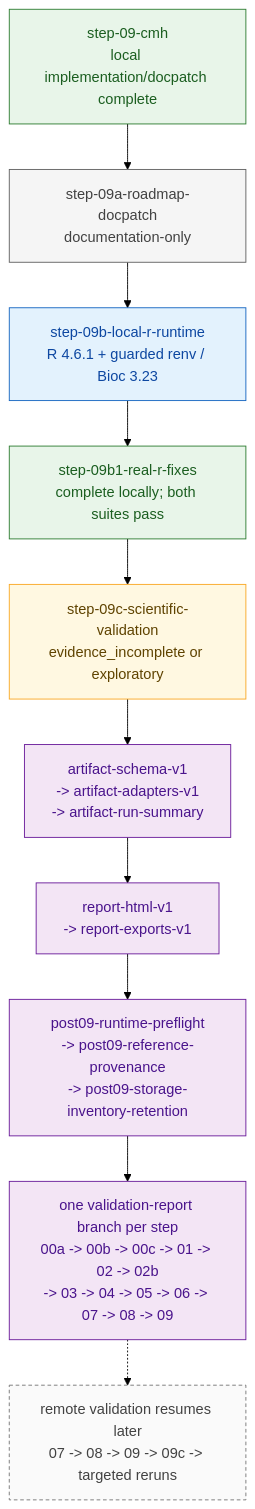
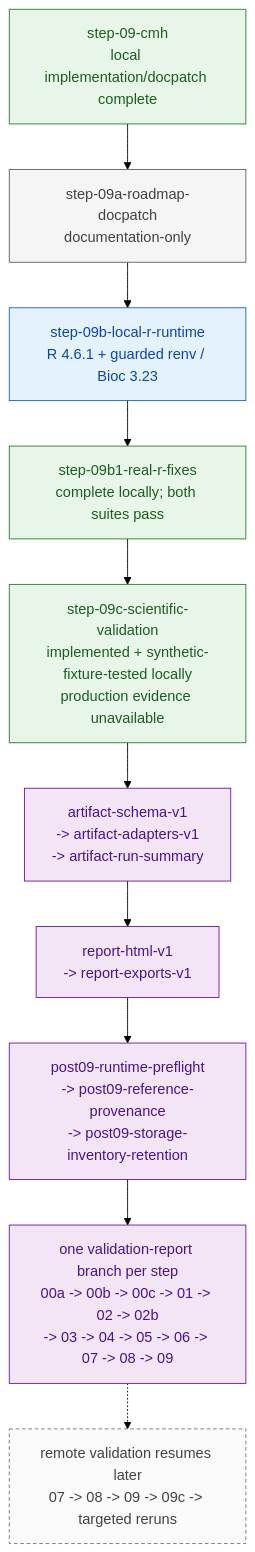
Before and after one commit to lab-cats/EMRYS: the first of 4 diagrams in docs/architecture/FUTURE_ARCHITECTURE.md, drawn with Mermaid (forest theme). The commit also changed other lines of this file and 15 other files, not shown here.

````diff
--- a/docs/architecture/FUTURE_ARCHITECTURE.md
+++ b/docs/architecture/FUTURE_ARCHITECTURE.md
@@ -31,31 +33,29 @@
 ```mermaid
 flowchart TB
     classDef current fill:#e8f5e9,stroke:#2e7d32,color:#1b5e20
     classDef docs fill:#f5f5f5,stroke:#616161,color:#424242
     classDef runtime fill:#e3f2fd,stroke:#1565c0,color:#0d47a1
-    classDef science fill:#fff8e1,stroke:#f9a825,color:#5f4300
     classDef future fill:#f3e5f5,stroke:#6a1b9a,color:#4a148c
     classDef deferred fill:#fafafa,stroke:#757575,color:#424242,stroke-dasharray:4 3
 
     s09["step-09-cmh<br/>local implementation/docpatch complete"]
     s09a["step-09a-roadmap-docpatch<br/>documentation-only"]
     rlocal["step-09b-local-r-runtime<br/>R 4.6.1 + guarded renv / Bioc 3.23"]
     rfix["step-09b1-real-r-fixes<br/>complete locally; both suites pass"]
-    science09c["step-09c-scientific-validation<br/>evidence_incomplete or exploratory"]
+    science09c["step-09c-scientific-validation<br/>implemented + synthetic-fixture-tested locally<br/>production evidence unavailable"]
     artifacts["artifact-schema-v1<br/>-> artifact-adapters-v1<br/>-> artifact-run-summary"]
     reports["report-html-v1<br/>-> report-exports-v1"]
     foundations["post09-runtime-preflight<br/>-> post09-reference-provenance<br/>-> post09-storage-inventory-retention"]
     validators["one validation-report branch per step<br/>00a -> 00b -> 00c -> 01 -> 02 -> 02b<br/>-> 03 -> 04 -> 05 -> 06 -> 07 -> 08 -> 09"]
     remote["remote validation resumes later<br/>07 -> 08 -> 09 -> 09c -> targeted reruns"]
 
     s09 --> s09a --> rlocal --> rfix --> science09c
     science09c --> artifacts --> reports --> foundations --> validators
     validators -.-> remote
 
-    class s09,rfix current
+    class s09,rfix,science09c current
     class s09a docs
     class rlocal runtime
-    class science09c science
     class artifacts,reports,foundations,validators future
     class remote deferred
 ```
````
